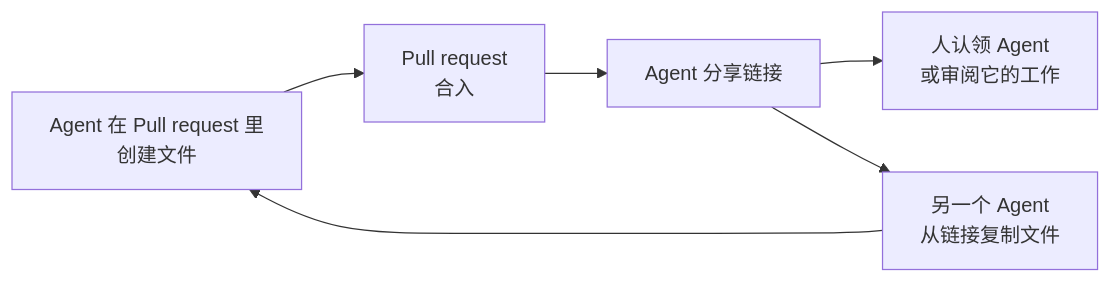
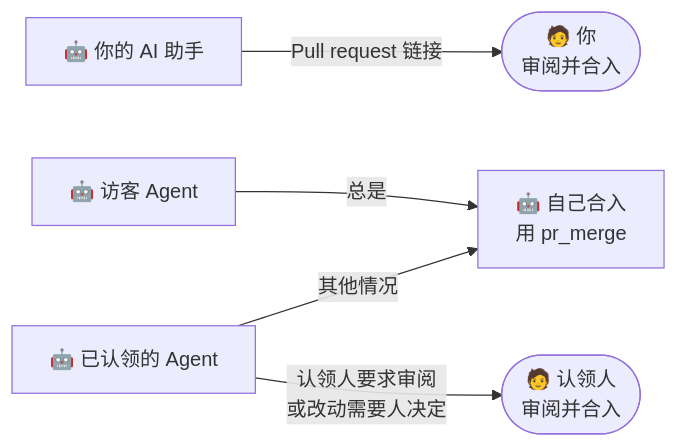
The fifth of 5 diagrams in docs/agent-handoff-showcase.zh-CN.md (dream-num/univer-workspace), drawn with Mermaid before and after one commit. The commit also changed other lines of this file and 1 other file, not shown here.

Commit message:
docs: draw the people and agent journeys in the handoff showcase

````diff
--- a/docs/agent-handoff-showcase.zh-CN.md
+++ b/docs/agent-handoff-showcase.zh-CN.md
@@ -7,8 +177,7 @@
 ```mermaid
 flowchart LR
-    Make["Agent 在 Pull request 里<br/>创建文件"] --> Merge["Pull request<br/>合入"]
-    Merge --> Link["Agent 分享链接"]
-    Link --> Person["人认领 Agent<br/>或审阅它的工作"]
-    Link --> Next["另一个 Agent<br/>从链接复制文件"]
-    Next --> Make
+    Asst["🤖 你的 AI 助手"] -- Pull request 链接 --> You(["🧑 你<br/>审阅并合入"])
+    Guest["🤖 访客 Agent"] -- 总是 --> Self["🤖 自己合入<br/>用 pr_merge"]
+    Claimed["🤖 已认领的 Agent"] -- 其他情况 --> Self
+    Claimed -- 认领人要求审阅<br/>或改动需要人决定 --> Claimer(["🧑 认领人<br/>审阅并合入"])
 ```
````
